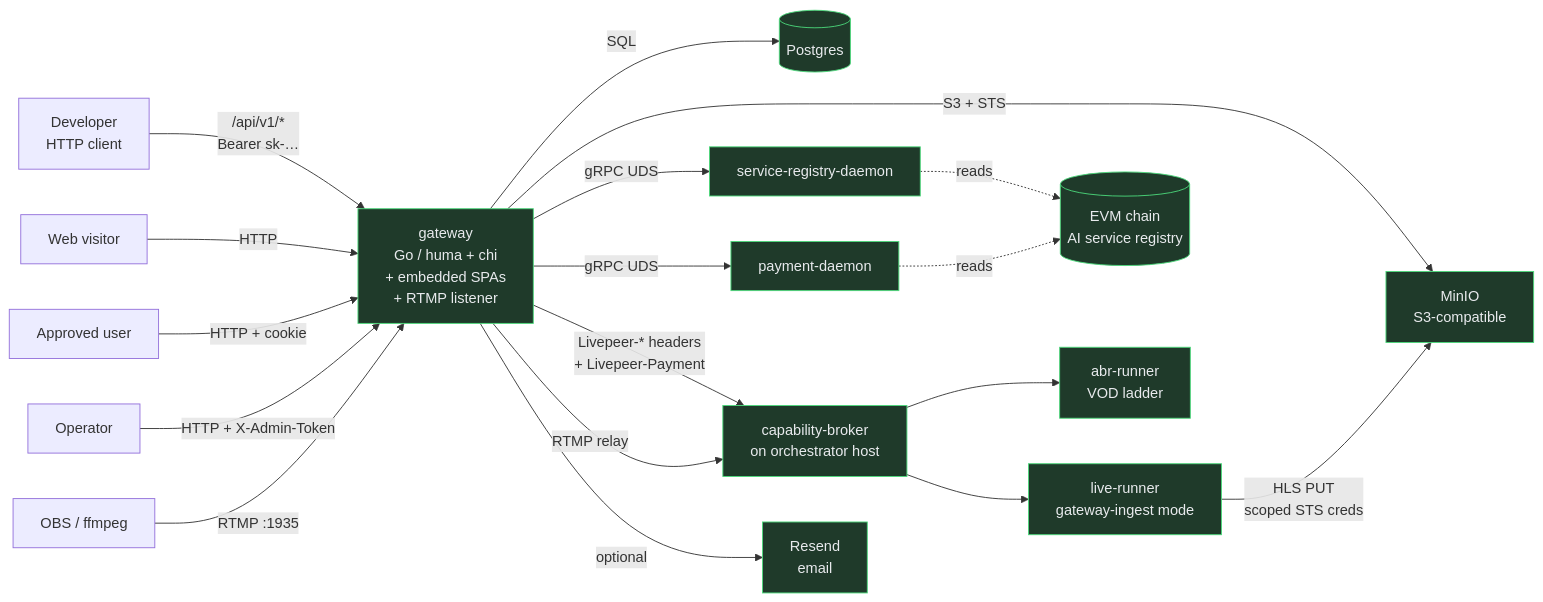
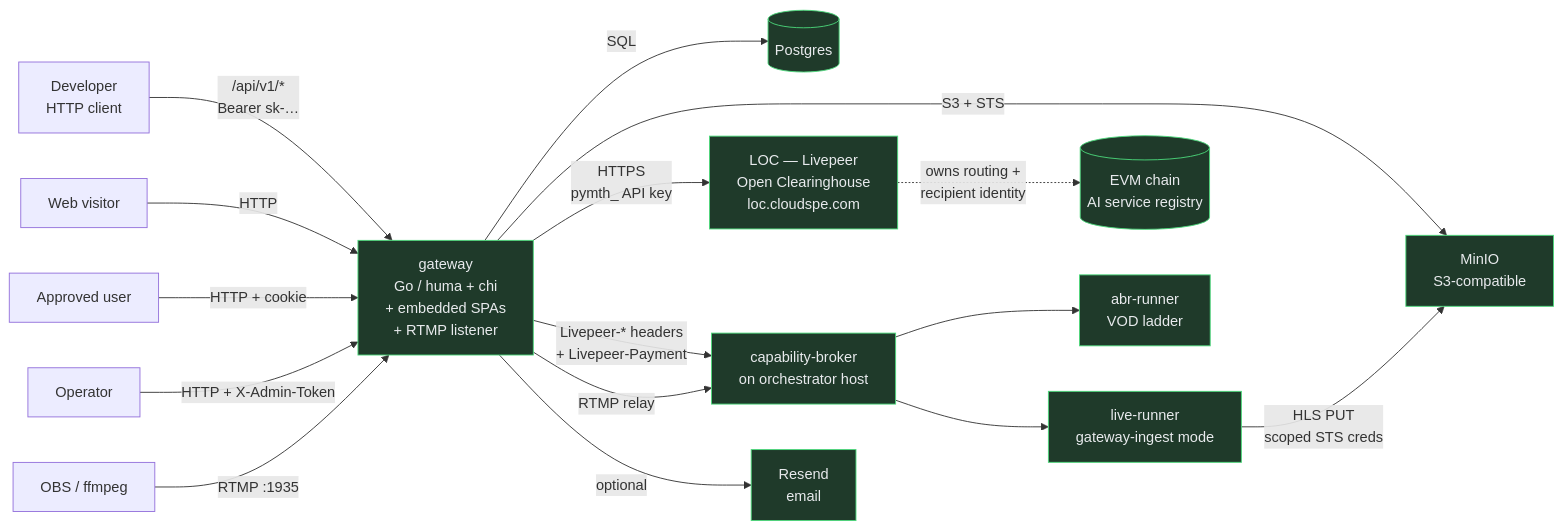
Before and after one commit to Cloud-SPE/livepeer-modules-transcode-gateway: the first of 5 diagrams in ARCHITECTURE.md, drawn with Mermaid. The commit also changed other lines of this file and 59 other files, not shown here.

````diff
--- a/ARCHITECTURE.md
+++ b/ARCHITECTURE.md
@@ -16,27 +16,25 @@
 ```mermaid
 flowchart LR
   user[Developer<br/>HTTP client] -->|/api/v1/*<br/>Bearer sk-…| GW
   visitor[Web visitor] -->|HTTP| GW
   portalUser[Approved user] -->|HTTP + cookie| GW
   admin[Operator] -->|HTTP + X-Admin-Token| GW
   obs[OBS / ffmpeg] -->|RTMP :1935| GW
 
   GW[gateway<br/>Go / huma + chi<br/>+ embedded SPAs<br/>+ RTMP listener] -->|SQL| DB[(Postgres)]
   GW -->|S3 + STS| MINIO[MinIO<br/>S3-compatible]
-  GW -->|gRPC UDS| REG[service-registry-daemon]
-  GW -->|gRPC UDS| PAYER[payment-daemon]
+  GW -->|HTTPS<br/>pymth_ API key| LOC[LOC — Livepeer<br/>Open Clearinghouse<br/>loc.cloudspe.com]
   GW -->|Livepeer-* headers<br/>+ Livepeer-Payment| BROKER[capability-broker<br/>on orchestrator host]
   GW -->|RTMP relay| BROKER
   BROKER --> RUN_ABR[abr-runner<br/>VOD ladder]
   BROKER --> RUN_LIVE[live-runner<br/>gateway-ingest mode]
   RUN_LIVE -->|HLS PUT<br/>scoped STS creds| MINIO
   GW -->|optional| RESEND[Resend<br/>email]
 
-  REG -.->|reads| CHAIN[(EVM chain<br/>AI service registry)]
-  PAYER -.->|reads| CHAIN
+  LOC -.->|owns routing +<br/>recipient identity| CHAIN[(EVM chain<br/>AI service registry)]
 
   classDef ours fill:#1f3a2a,stroke:#4cd97b,color:#e8eaed;
   classDef ext fill:#1a1c20,stroke:#9aa0a6,color:#9aa0a6,stroke-dasharray: 4 2;
   class GW,DB,MINIO ours;
-  class REG,PAYER,BROKER,RUN_ABR,RUN_LIVE,RESEND,CHAIN ours;
+  class LOC,BROKER,RUN_ABR,RUN_LIVE,RESEND,CHAIN ours;
 ```
````
